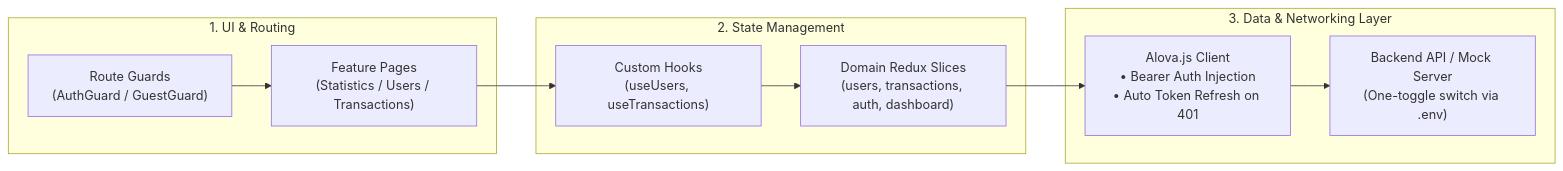
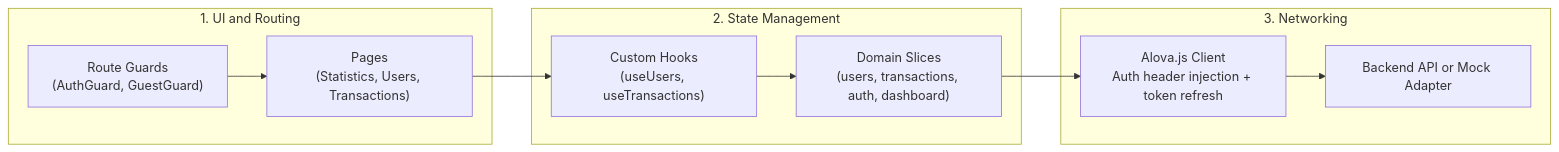
One commit to swe-rashad/FINKING-FRONTEND changed the diagram in README.md. Above: the diagram before and after it, drawn with Mermaid. The commit also changed other lines of this file, not shown here.

````diff
--- a/README.md
+++ b/README.md
@@ -11,18 +11,18 @@
 ```mermaid
 flowchart LR
-    subgraph UI ["1. UI & Routing"]
-        Guards["Route Guards<br/>(AuthGuard / GuestGuard)"]
-        Pages["Feature Pages<br/>(Statistics / Users / Transactions)"]
+    subgraph UI ["1. UI and Routing"]
+        Guards["Route Guards<br/>(AuthGuard, GuestGuard)"]
+        Pages["Pages<br/>(Statistics, Users, Transactions)"]
         Guards --> Pages
     end
 
     subgraph State ["2. State Management"]
         Pages --> Hooks["Custom Hooks<br/>(useUsers, useTransactions)"]
-        Hooks --> Redux["Domain Redux Slices<br/>(users, transactions, auth, dashboard)"]
+        Hooks --> Redux["Domain Slices<br/>(users, transactions, auth, dashboard)"]
     end
 
-    subgraph API ["3. Data & Networking Layer"]
-        Redux --> Alova["Alova.js Client<br/>• Bearer Auth Injection<br/>• Auto Token Refresh on 401"]
-        Alova --> Target["Backend API / Mock Server<br/>(One-toggle switch via .env)"]
+    subgraph API ["3. Networking"]
+        Redux --> Alova["Alova.js Client<br/>Auth header injection + token refresh"]
+        Alova --> Target["Backend API or Mock Adapter"]
     end
 ```
````
